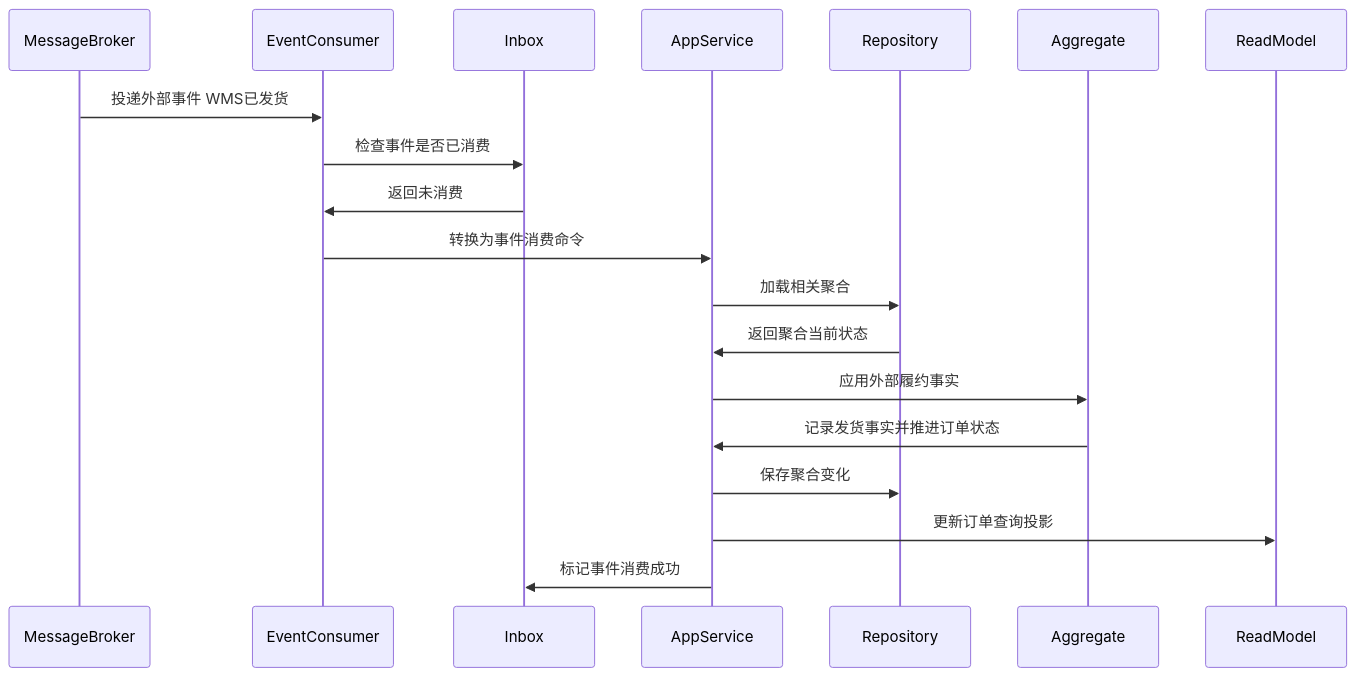
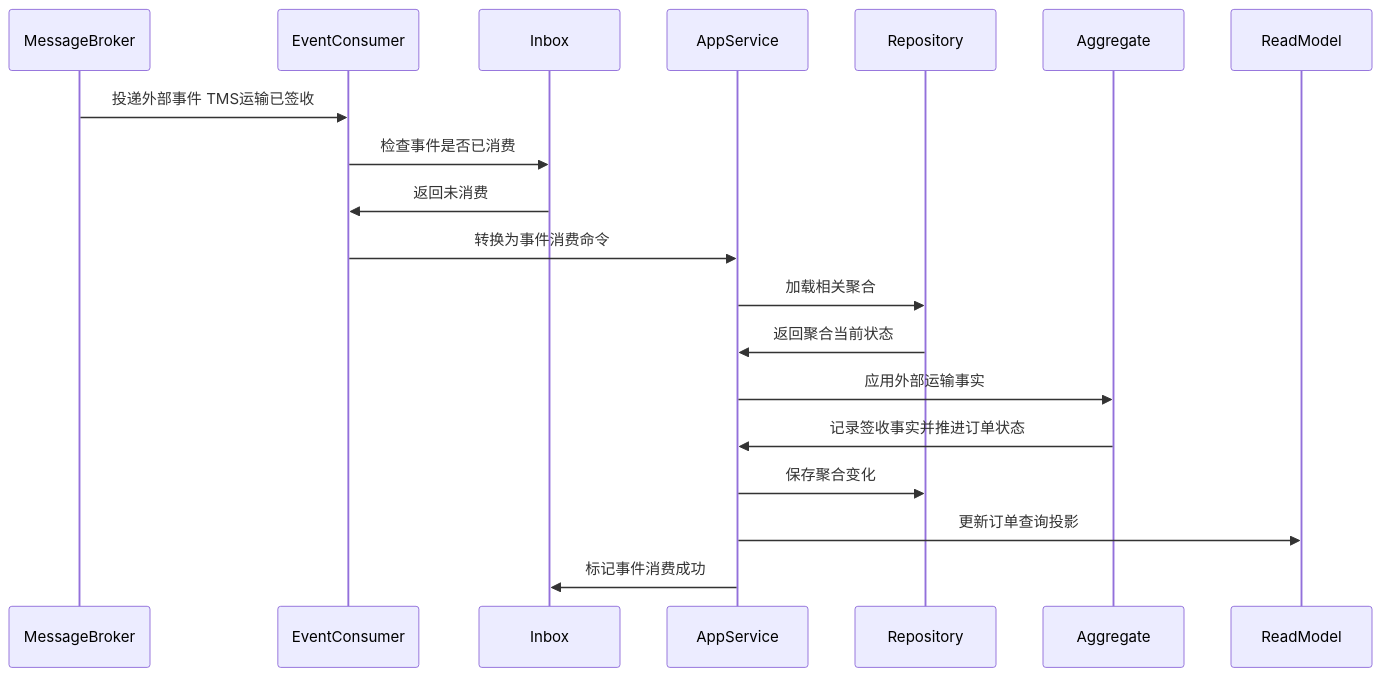
One commit to chao1927/scm changed the fifth of 6 diagrams in docs/03-核心业务模型/05-OMS领域模型/02-销售订单聚合CQRS设计.md. Above: the diagram before and after it, drawn with Mermaid. The commit also changed other lines of this file and 118 other files, not shown here.

````diff
--- a/docs/03-核心业务模型/05-OMS领域模型/02-销售订单聚合CQRS设计.md
+++ b/docs/03-核心业务模型/05-OMS领域模型/02-销售订单聚合CQRS设计.md
@@ -239,22 +247,22 @@
 ```mermaid
 sequenceDiagram
     participant MessageBroker
     participant EventConsumer
     participant Inbox
     participant AppService
     participant Repository
     participant Aggregate
     participant ReadModel
 
-    MessageBroker->>EventConsumer: 投递外部事件 WMS已发货
+    MessageBroker->>EventConsumer: 投递外部事件 TMS运输已签收
     EventConsumer->>Inbox: 检查事件是否已消费
     Inbox->>EventConsumer: 返回未消费
     EventConsumer->>AppService: 转换为事件消费命令
     AppService->>Repository: 加载相关聚合
     Repository->>AppService: 返回聚合当前状态
-    AppService->>Aggregate: 应用外部履约事实
-    Aggregate->>AppService: 记录发货事实并推进订单状态
+    AppService->>Aggregate: 应用外部运输事实
+    Aggregate->>AppService: 记录签收事实并推进订单状态
     AppService->>Repository: 保存聚合变化
     AppService->>ReadModel: 更新订单查询投影
     AppService->>Inbox: 标记事件消费成功
 ```
````
